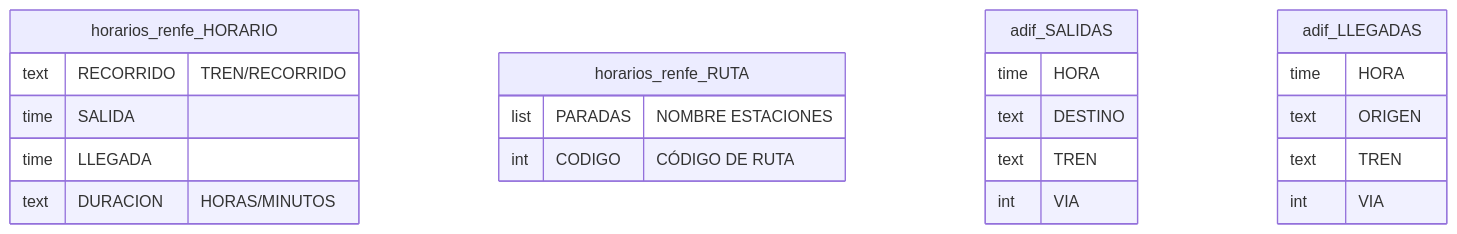
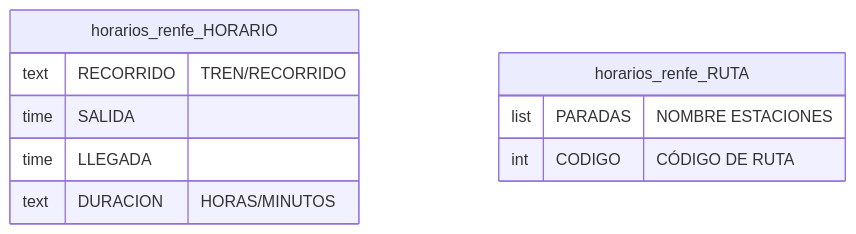
One commit to xXaceitunaXx/Tren-ES changed the third of 4 diagrams in EsquemasOrigen.md. Above: the diagram before and after it, drawn with Mermaid. The commit also changed other lines of this file, not shown here.

Commit message:
terminada la explicación de los esquemas origen

````diff
--- a/EsquemasOrigen.md
+++ b/EsquemasOrigen.md
@@ -66,28 +74,14 @@
 ```mermaid
 erDiagram
     horarios_renfe_HORARIO {
         text RECORRIDO "TREN/RECORRIDO"
         time SALIDA
         time LLEGADA
         text DURACION "HORAS/MINUTOS"
     }
 
     horarios_renfe_RUTA {
         list PARADAS "NOMBRE ESTACIONES"
         int CODIGO "CÓDIGO DE RUTA"
     }
-
-    adif_SALIDAS {
-        time HORA
-        text DESTINO
-        text TREN
-        int VIA
-    }
-
-    adif_LLEGADAS {
-        time HORA
-        text ORIGEN
-        text TREN
-        int VIA
-    }
 ```
````
